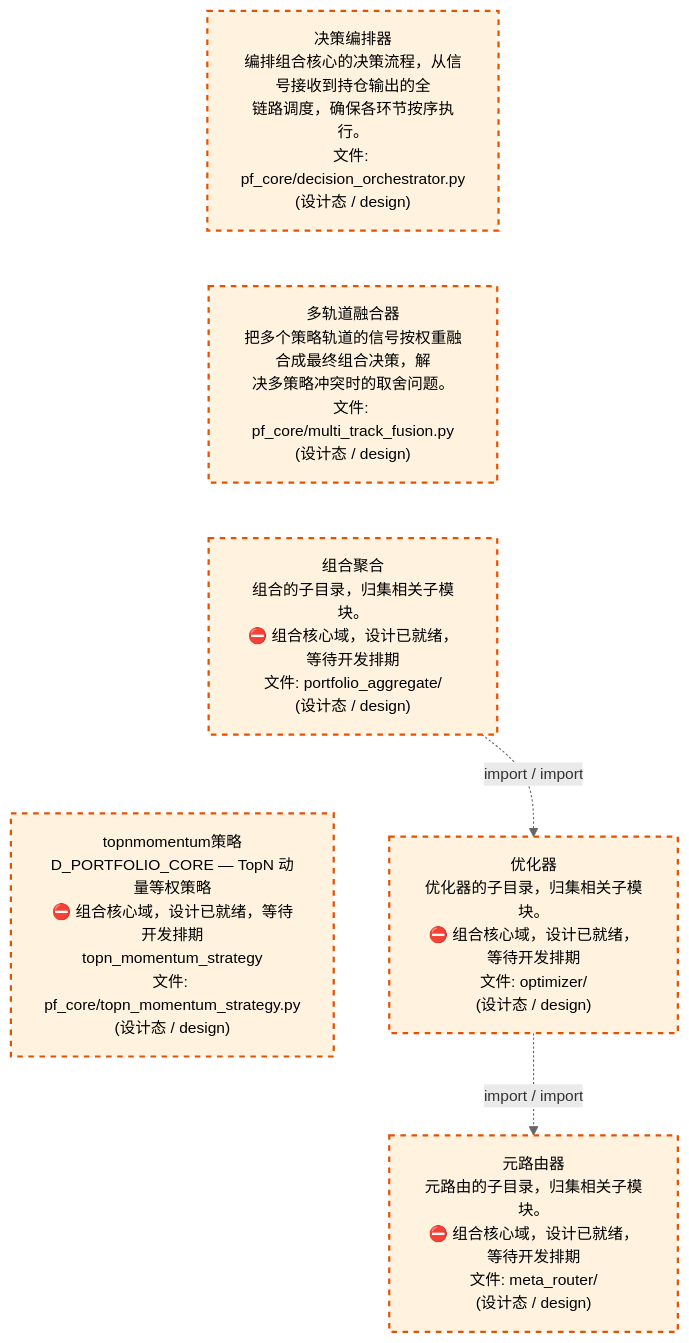
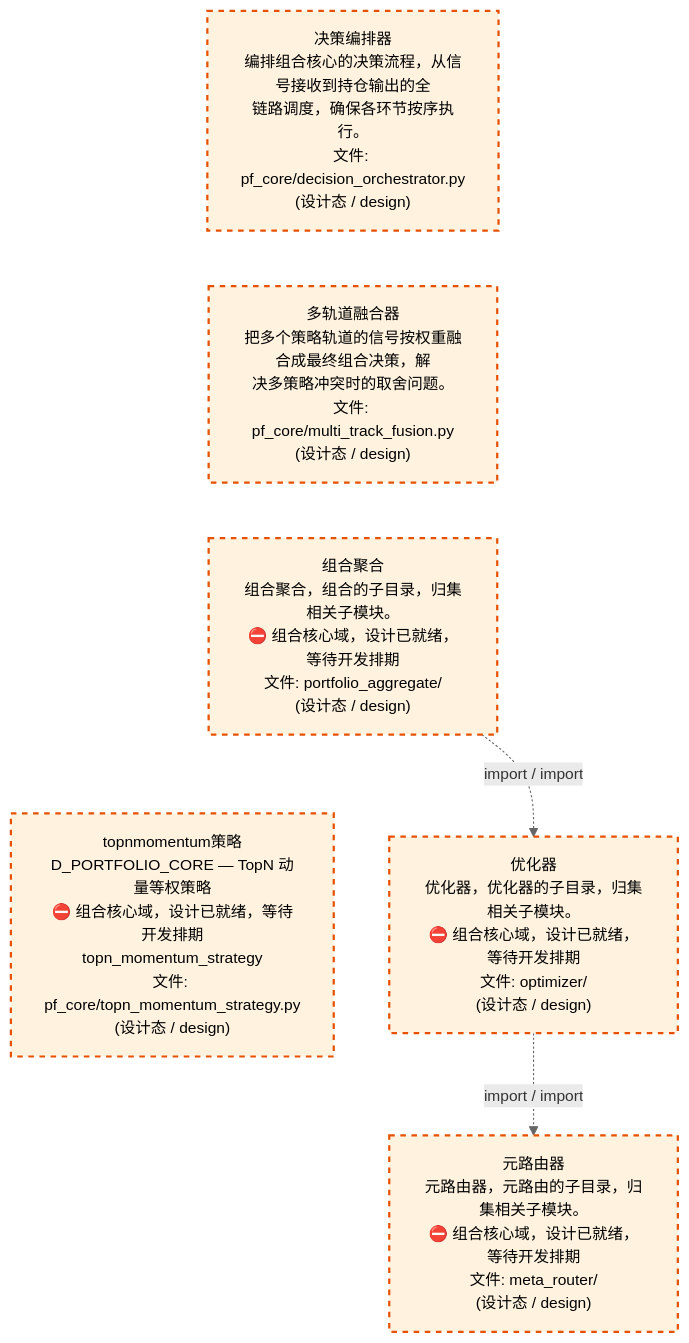
The third of 4 diagrams in docs/02_enterprise_architecture/02_domain_architecture_docs/63_d_pf_core.md (xuanFelixVan/ZephyrAlpha), drawn with Mermaid before and after one commit. The commit also changed other lines of this file and 56 other files, not shown here.

````diff
--- a/docs/02_enterprise_architecture/02_domain_architecture_docs/63_d_pf_core.md
+++ b/docs/02_enterprise_architecture/02_domain_architecture_docs/63_d_pf_core.md
@@ -181,20 +181,20 @@
 ```mermaid
 %%{init: {'theme': 'base', 'themeVariables': {'primaryColor': '#eaeaea', 'primaryTextColor': '#333333', 'primaryBorderColor': '#666666', 'lineColor': '#666666', 'secondaryColor': '#eaeaea', 'tertiaryColor': '#eaeaea', 'fontSize': '14px'}}}%%
 flowchart TD
     src_zephyr_pf_core_decision_orchestrator_py["决策编排器<br/>编排组合核心的决策流程，从信号接收到持仓输出的全<br/>链路调度，确保各环节按序执行。<br/>文件: pf_core/decision_orchestrator.py<br/>(设计态 / design)"]
     src_zephyr_pf_core_multi_track_fusion_py["多轨道融合器<br/>把多个策略轨道的信号按权重融合成最终组合决策，解<br/>决多策略冲突时的取舍问题。<br/>文件: pf_core/multi_track_fusion.py<br/>(设计态 / design)"]
-    src_zephyr_pf_core_portfolio_aggregate["组合聚合<br/>组合的子目录，归集相关子模块。<br/>⛔ 组合核心域，设计已就绪，等待开发排期<br/>文件: portfolio_aggregate/<br/>(设计态 / design)"]
+    src_zephyr_pf_core_portfolio_aggregate["组合聚合<br/>组合聚合，组合的子目录，归集相关子模块。<br/>⛔ 组合核心域，设计已就绪，等待开发排期<br/>文件: portfolio_aggregate/<br/>(设计态 / design)"]
     src_zephyr_pf_core_topn_momentum_strategy_py["topnmomentum策略<br/>D_PORTFOLIO_CORE — TopN 动量等权策略<br/>⛔ 组合核心域，设计已就绪，等待开发排期<br/>topn_momentum_strategy<br/>文件: pf_core/topn_momentum_strategy.py<br/>(设计态 / design)"]
     src_zephyr_pf_core_decision_orchestrator_py ~~~ src_zephyr_pf_core_multi_track_fusion_py
     src_zephyr_pf_core_multi_track_fusion_py ~~~ src_zephyr_pf_core_portfolio_aggregate
     src_zephyr_pf_core_portfolio_aggregate ~~~ src_zephyr_pf_core_topn_momentum_strategy_py
-    src_zephyr_pf_core_optimizer["优化器<br/>优化器的子目录，归集相关子模块。<br/>⛔ 组合核心域，设计已就绪，等待开发排期<br/>文件: optimizer/<br/>(设计态 / design)"]
-    src_zephyr_pf_core_meta_router["元路由器<br/>元路由的子目录，归集相关子模块。<br/>⛔ 组合核心域，设计已就绪，等待开发排期<br/>文件: meta_router/<br/>(设计态 / design)"]
+    src_zephyr_pf_core_optimizer["优化器<br/>优化器，优化器的子目录，归集相关子模块。<br/>⛔ 组合核心域，设计已就绪，等待开发排期<br/>文件: optimizer/<br/>(设计态 / design)"]
+    src_zephyr_pf_core_meta_router["元路由器<br/>元路由器，元路由的子目录，归集相关子模块。<br/>⛔ 组合核心域，设计已就绪，等待开发排期<br/>文件: meta_router/<br/>(设计态 / design)"]
     src_zephyr_pf_core_optimizer -.->|import / import| src_zephyr_pf_core_meta_router
     src_zephyr_pf_core_portfolio_aggregate -.->|import / import| src_zephyr_pf_core_optimizer
     classDef production fill:#e1f5fe,stroke:#01579b,stroke-width:2px,color:#000
     classDef design fill:#fff3e0,stroke:#e65100,stroke-width:2px,color:#000,stroke-dasharray: 5 5
     classDef external_prod fill:#e8f4fd,stroke:#0277bd,stroke-width:1px,color:#000
     classDef external_design fill:#fff8e7,stroke:#ef6c00,stroke-width:1px,color:#000,stroke-dasharray: 5 5
     class src_zephyr_pf_core_decision_orchestrator_py,src_zephyr_pf_core_meta_router,src_zephyr_pf_core_multi_track_fusion_py,src_zephyr_pf_core_optimizer,src_zephyr_pf_core_portfolio_aggregate,src_zephyr_pf_core_topn_momentum_strategy_py design
 ```
````
